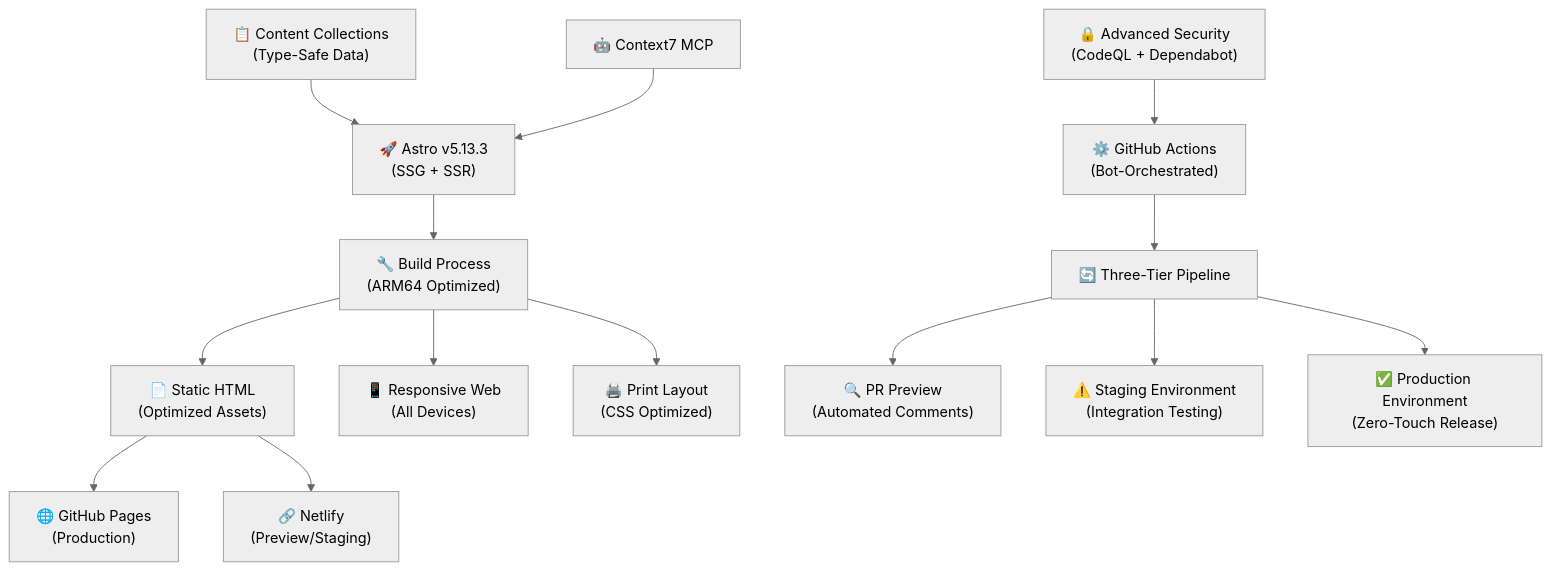
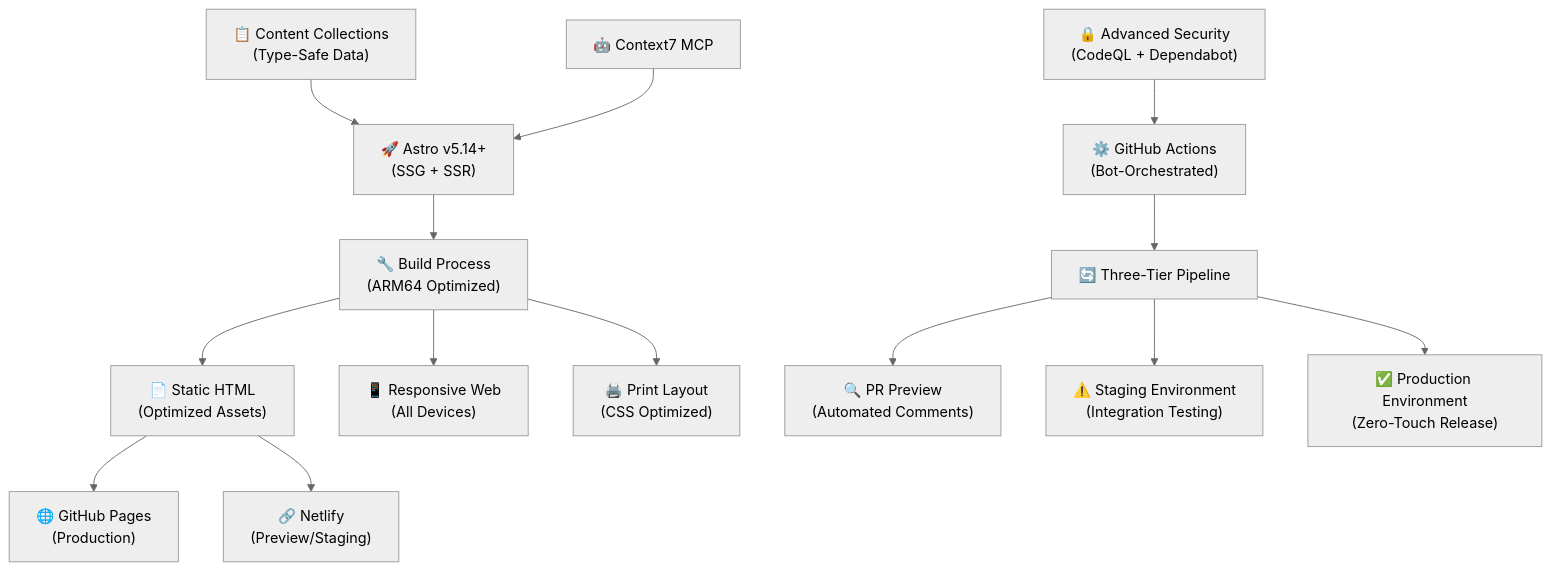
The diagram in README.md (rafilkmp3/resume-as-code), drawn with Mermaid (neutral theme) before and after one commit. The commit also changed other lines of this file, not shown here.

````diff
--- a/README.md
+++ b/README.md
@@ -66,19 +79,19 @@
 ```mermaid
 graph TB
-    A["📋 Content Collections<br/>(Type-Safe Data)"] --> B["🚀 Astro v5.13.3<br/>(SSG + SSR)"] 
+    A["📋 Content Collections<br/>(Type-Safe Data)"] --> B["🚀 Astro v5.14+<br/>(SSG + SSR)"] 
     B --> C["🔧 Build Process<br/>(ARM64 Optimized)"]
     C --> D["📄 Static HTML<br/>(Optimized Assets)"]
     C --> E["📱 Responsive Web<br/>(All Devices)"]
     C --> F["🖨️ Print Layout<br/>(CSS Optimized)"]
     
     D --> H["🌐 GitHub Pages<br/>(Production)"]
     D --> I["🔗 Netlify<br/>(Preview/Staging)"]
     
     J["⚙️ GitHub Actions<br/>(Bot-Orchestrated)"] --> K["🔄 Three-Tier Pipeline"]
     K --> L["🔍 PR Preview<br/>(Automated Comments)"]
     K --> M["⚠️ Staging Environment<br/>(Integration Testing)"]
     K --> N["✅ Production Environment<br/>(Zero-Touch Release)"]
     
     O["🤖 Context7 MCP"] --> B
     P["🔒 Advanced Security<br/>(CodeQL + Dependabot)"] --> J
 ```
````
